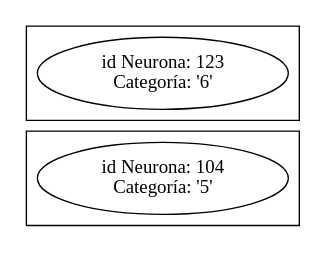
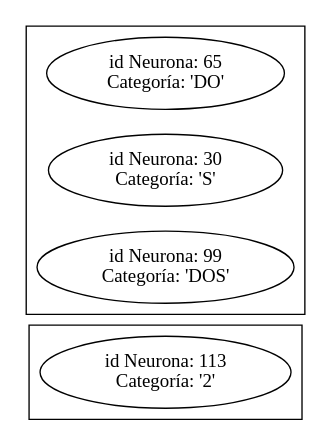
Before and after one commit to JohansSosa89/Brain-Cemisid-v1.5: the diagram in Obj/net_sight.dot, drawn with Graphviz. The commit also changed 18 other files, not shown here.

```diff
--- a/Obj/net_sight.dot
+++ b/Obj/net_sight.dot
@@ -1,111 +1,113 @@
 graph net_neuron{
 rankdir=LR;
 subgraph cluster_0{ }
 subgraph cluster_1{ }
-subgraph cluster_2{ }
+subgraph cluster_2{ "item113" [label=  "id Neurona: 113\nCategor&iacute;a: '2'"];
+}
 subgraph cluster_3{ }
 subgraph cluster_4{ }
-subgraph cluster_5{ "item104" [label=  "id Neurona: 104\nCategor&iacute;a: '5'"];
-}
-subgraph cluster_6{ "item123" [label=  "id Neurona: 123\nCategor&iacute;a: '6'"];
-}
+subgraph cluster_5{ }
+subgraph cluster_6{ }
 subgraph cluster_7{ }
 subgraph cluster_8{ }
 subgraph cluster_9{ }
 subgraph cluster_10{ }
 subgraph cluster_11{ }
 subgraph cluster_12{ }
 subgraph cluster_13{ }
 subgraph cluster_14{ }
 subgraph cluster_15{ }
 subgraph cluster_16{ }
 subgraph cluster_17{ }
 subgraph cluster_18{ }
 subgraph cluster_19{ }
 subgraph cluster_20{ }
 subgraph cluster_21{ }
 subgraph cluster_22{ }
 subgraph cluster_23{ }
 subgraph cluster_24{ }
 subgraph cluster_25{ }
 subgraph cluster_26{ }
 subgraph cluster_27{ }
 subgraph cluster_28{ }
 subgraph cluster_29{ }
 subgraph cluster_30{ }
 subgraph cluster_31{ }
 subgraph cluster_32{ }
 subgraph cluster_33{ }
 subgraph cluster_34{ }
 subgraph cluster_35{ }
 subgraph cluster_36{ }
 subgraph cluster_37{ }
 subgraph cluster_38{ }
 subgraph cluster_39{ }
 subgraph cluster_40{ }
 subgraph cluster_41{ }
 subgraph cluster_42{ }
 subgraph cluster_43{ }
 subgraph cluster_44{ }
 subgraph cluster_45{ }
 subgraph cluster_46{ }
 subgraph cluster_47{ }
 subgraph cluster_48{ }
 subgraph cluster_49{ }
 subgraph cluster_50{ }
 subgraph cluster_51{ }
 subgraph cluster_52{ }
 subgraph cluster_53{ }
 subgraph cluster_54{ }
 subgraph cluster_55{ }
 subgraph cluster_56{ }
 subgraph cluster_57{ }
 subgraph cluster_58{ }
 subgraph cluster_59{ }
 subgraph cluster_60{ }
 subgraph cluster_61{ }
 subgraph cluster_62{ }
 subgraph cluster_63{ }
 subgraph cluster_64{ }
 subgraph cluster_65{ }
 subgraph cluster_66{ }
 subgraph cluster_67{ }
 subgraph cluster_68{ }
 subgraph cluster_69{ }
 subgraph cluster_70{ }
 subgraph cluster_71{ }
 subgraph cluster_72{ }
 subgraph cluster_73{ }
 subgraph cluster_74{ }
 subgraph cluster_75{ }
 subgraph cluster_76{ }
 subgraph cluster_77{ }
 subgraph cluster_78{ }
 subgraph cluster_79{ }
 subgraph cluster_80{ }
 subgraph cluster_81{ }
 subgraph cluster_82{ }
 subgraph cluster_83{ }
-subgraph cluster_84{ }
+subgraph cluster_84{ "item84DO" [label=  "id Neurona: 65\nCategor&iacute;a: 'DO'"];
+"item84S" [label=  "id Neurona: 30\nCategor&iacute;a: 'S'"];
+"item99" [label=  "id Neurona: 99\nCategor&iacute;a: 'DOS'"];
+}
 subgraph cluster_85{ }
 subgraph cluster_86{ }
 subgraph cluster_87{ }
 subgraph cluster_88{ }
 subgraph cluster_89{ }
 subgraph cluster_90{ }
 subgraph cluster_91{ }
 subgraph cluster_92{ }
 subgraph cluster_93{ }
 subgraph cluster_94{ }
 subgraph cluster_95{ }
 subgraph cluster_96{ }
 subgraph cluster_97{ }
 subgraph cluster_98{ }
 subgraph cluster_99{ }
 subgraph cluster_100{ }
 subgraph cluster_101{ }
 subgraph cluster_102{ }
 subgraph cluster_103{ }
 subgraph cluster_104{ }
 
 }
```
